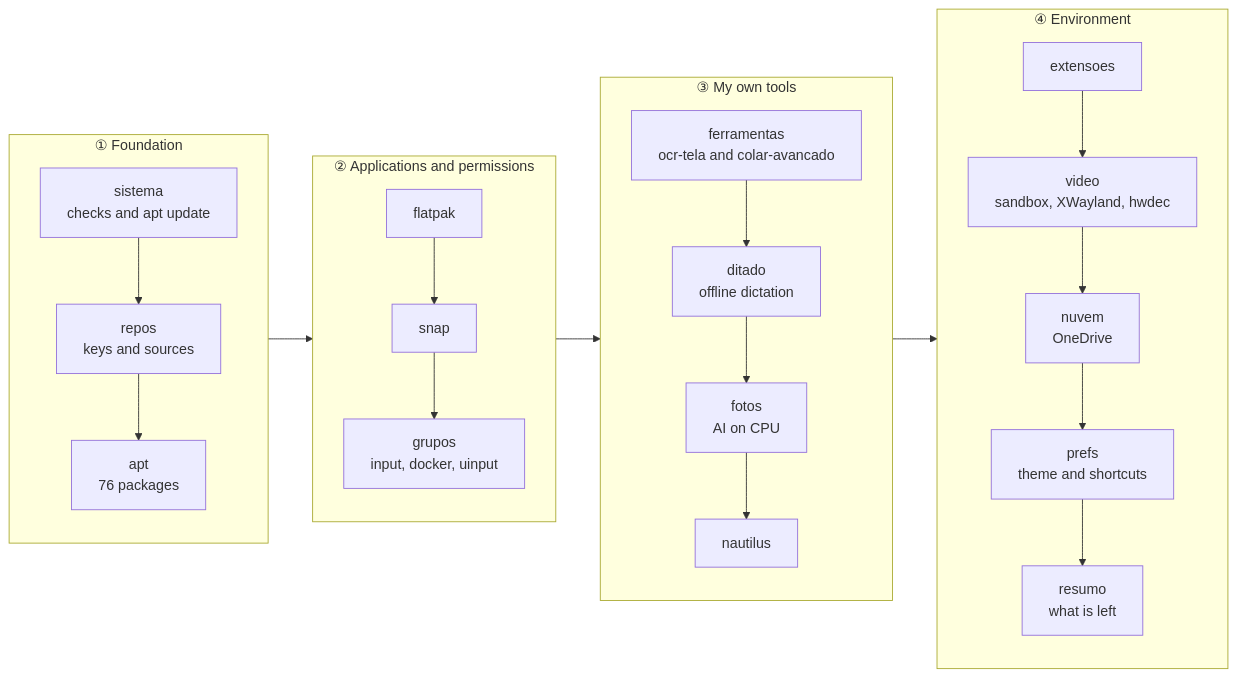
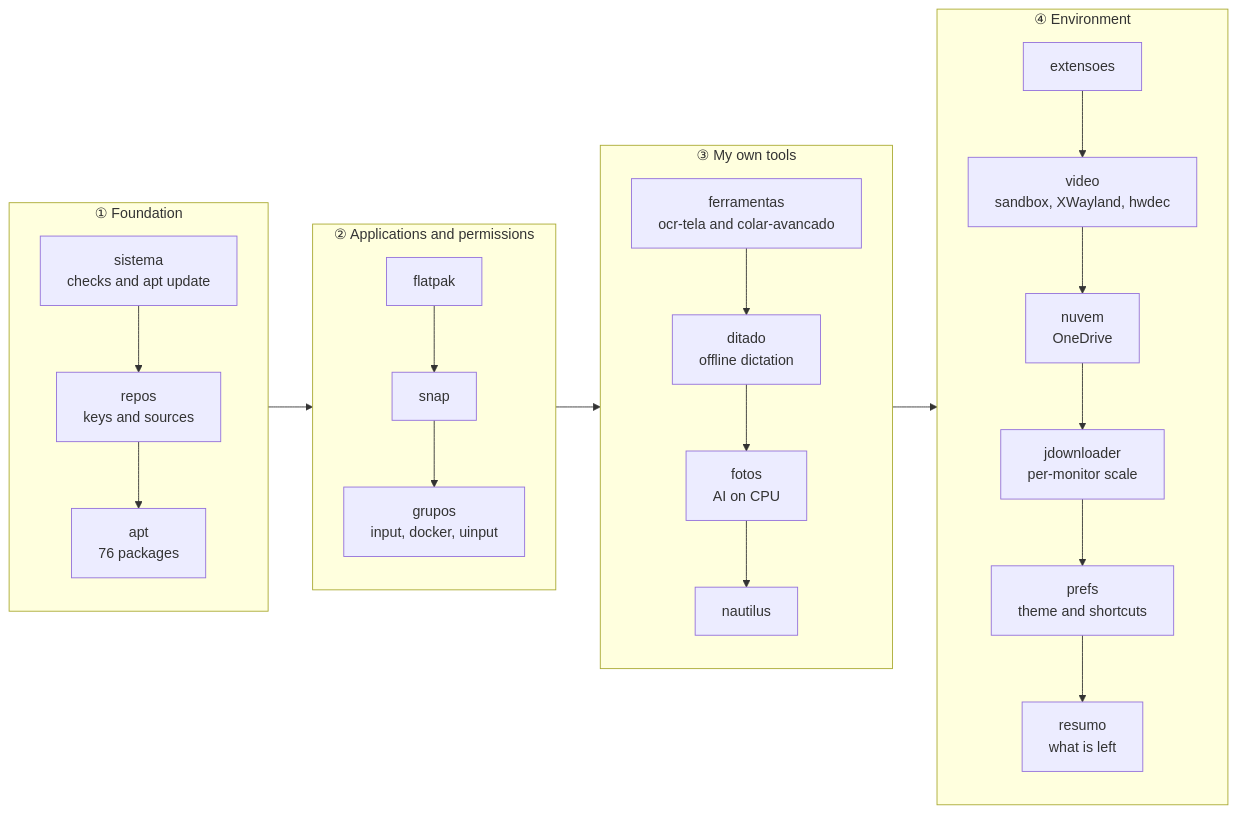
One commit to augustotecnos/nova-maquina changed the diagram in README.en.md. Above: the diagram before and after it, drawn with Mermaid. The commit also changed other lines of this file and 8 other files, not shown here.

First line of the commit message:
Etapa jdownloader: escala certa em cada monitor e aviso ao trocar

````diff
--- a/README.en.md
+++ b/README.en.md
@@ -56,20 +56,20 @@
 ```mermaid
 flowchart LR
     subgraph F["① Foundation"]
         direction TB
         A["sistema<br/>checks and apt update"] --> B["repos<br/>keys and sources"] --> C["apt<br/>76 packages"]
     end
     subgraph P["② Applications and permissions"]
         direction TB
         D["flatpak"] --> E["snap"] --> G["grupos<br/>input, docker, uinput"]
     end
     subgraph T["③ My own tools"]
         direction TB
         H["ferramentas<br/>ocr-tela and colar-avancado"] --> I["ditado<br/>offline dictation"] --> J["fotos<br/>AI on CPU"] --> K["nautilus"]
     end
     subgraph M["④ Environment"]
         direction TB
-        L["extensoes"] --> V["video<br/>sandbox, XWayland, hwdec"] --> U["nuvem<br/>OneDrive"] --> N["prefs<br/>theme and shortcuts"] --> O["resumo<br/>what is left"]
+        L["extensoes"] --> V["video<br/>sandbox, XWayland, hwdec"] --> U["nuvem<br/>OneDrive"] --> W["jdownloader<br/>per-monitor scale"] --> N["prefs<br/>theme and shortcuts"] --> O["resumo<br/>what is left"]
     end
     F --> P --> T --> M
 ```
````
